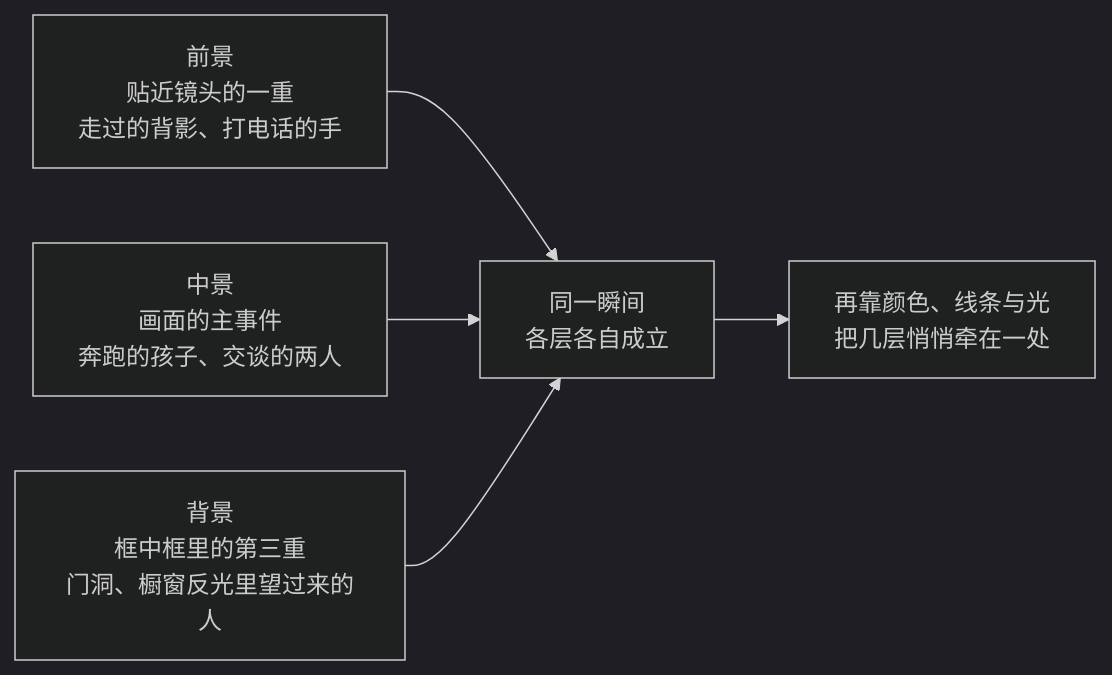
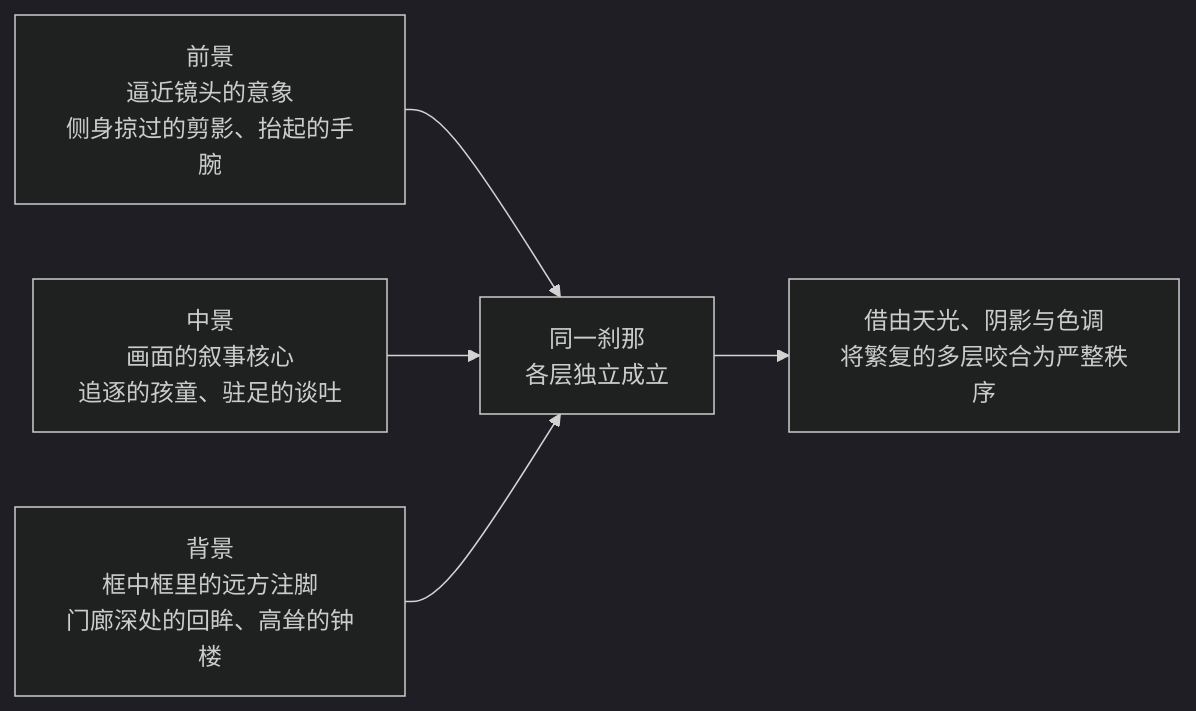
The second of 2 diagrams in docs/08-street.md (yingwang/photography-book), drawn with Mermaid (dark theme) before and after one commit. The commit also changed other lines of this file, not shown here.

````diff
--- a/docs/08-street.md
+++ b/docs/08-street.md
@@ -156,7 +146,7 @@
 ```mermaid
 graph LR
-    A["前景<br/>贴近镜头的一重<br/>走过的背影、打电话的手"] --> D["同一瞬间<br/>各层各自成立"]
-    B["中景<br/>画面的主事件<br/>奔跑的孩子、交谈的两人"] --> D
-    C["背景<br/>框中框里的第三重<br/>门洞、橱窗反光里望过来的人"] --> D
-    D --> E["再靠颜色、线条与光<br/>把几层悄悄牵在一处"]
+    A["前景<br/>逼近镜头的意象<br/>侧身掠过的剪影、抬起的手腕"] --> D["同一刹那<br/>各层独立成立"]
+    B["中景<br/>画面的叙事核心<br/>追逐的孩童、驻足的谈吐"] --> D
+    C["背景<br/>框中框里的远方注脚<br/>门廊深处的回眸、高耸的钟楼"] --> D
+    D --> E["借由天光、阴影与色调<br/>将繁复的多层咬合为严整秩序"]
 ```
````
